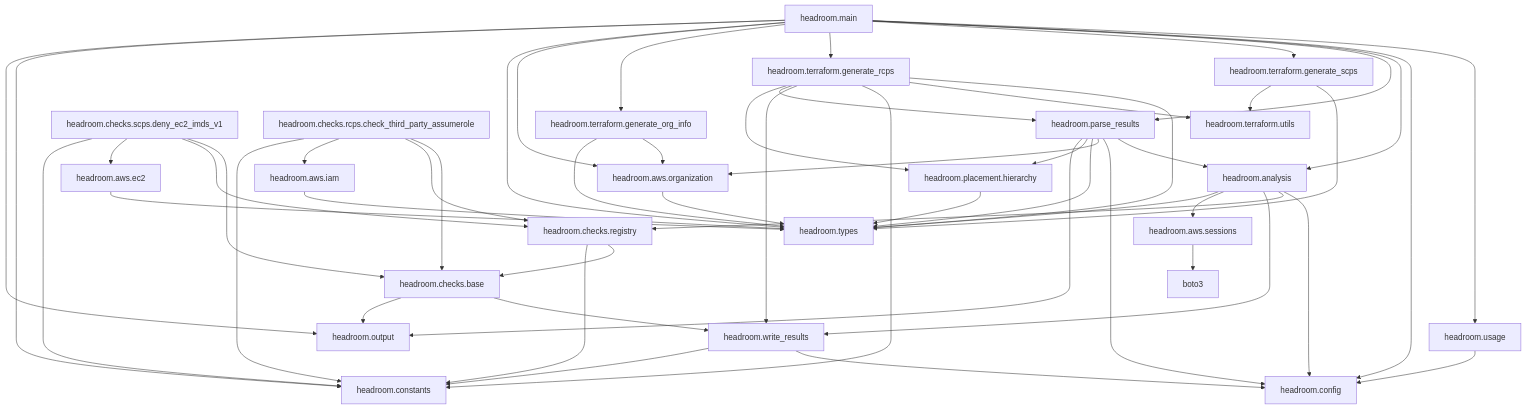
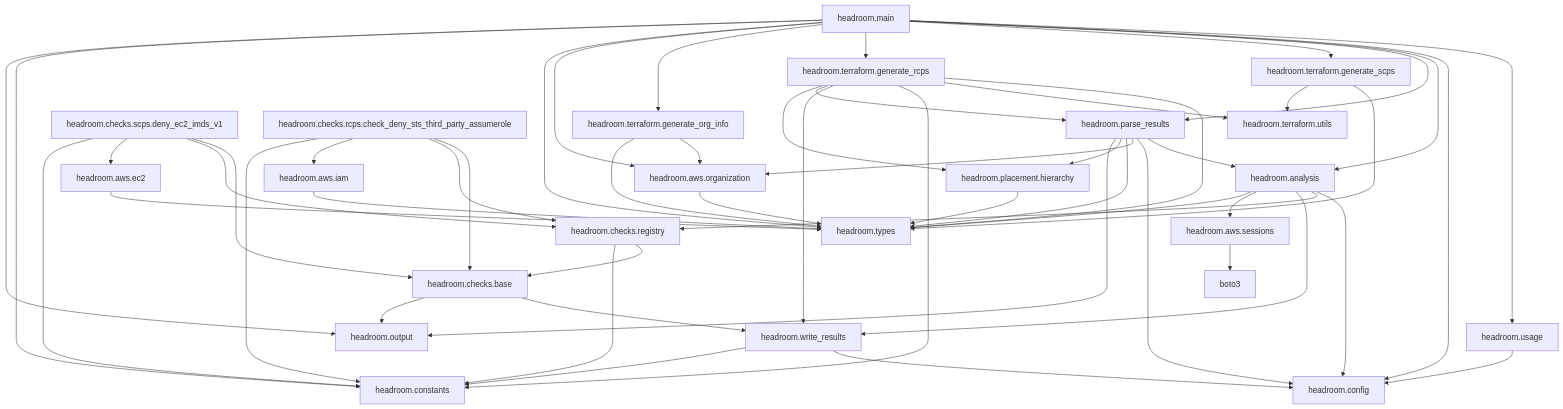
Before and after one commit to discocrayon/Headroom: the diagram in documentation/mermaid_diagrams/module_dependency.md, drawn with Mermaid. The commit also changed 41 other files, not shown here.

First line of the commit message:
Rename checks to follow AWS service naming convention

````diff
--- a/documentation/mermaid_diagrams/module_dependency.md
+++ b/documentation/mermaid_diagrams/module_dependency.md
@@ -3,68 +3,68 @@
 ```mermaid
 graph TD
   headroom.main --> headroom.usage
   headroom.main --> headroom.config
   headroom.main --> headroom.analysis
   headroom.main --> headroom.parse_results
   headroom.main --> headroom.terraform.generate_scps
   headroom.main --> headroom.terraform.generate_rcps
   headroom.main --> headroom.terraform.generate_org_info
   headroom.main --> headroom.aws.organization
   headroom.main --> headroom.types
   headroom.main --> headroom.constants
   headroom.main --> headroom.output
 
   headroom.analysis --> headroom.config
   headroom.analysis --> headroom.checks.registry
   headroom.analysis --> headroom.write_results
   headroom.analysis --> headroom.aws.sessions
   headroom.analysis --> headroom.types
 
   headroom.checks.registry --> headroom.checks.base
   headroom.checks.registry --> headroom.constants
 
   headroom.checks.base --> headroom.write_results
   headroom.checks.base --> headroom.output
 
   headroom.checks.scps.deny_ec2_imds_v1 --> headroom.checks.base
   headroom.checks.scps.deny_ec2_imds_v1 --> headroom.checks.registry
   headroom.checks.scps.deny_ec2_imds_v1 --> headroom.aws.ec2
   headroom.checks.scps.deny_ec2_imds_v1 --> headroom.constants
 
-  headroom.checks.rcps.check_third_party_assumerole --> headroom.checks.base
-  headroom.checks.rcps.check_third_party_assumerole --> headroom.checks.registry
-  headroom.checks.rcps.check_third_party_assumerole --> headroom.aws.iam
-  headroom.checks.rcps.check_third_party_assumerole --> headroom.constants
+  headroom.checks.rcps.check_deny_sts_third_party_assumerole --> headroom.checks.base
+  headroom.checks.rcps.check_deny_sts_third_party_assumerole --> headroom.checks.registry
+  headroom.checks.rcps.check_deny_sts_third_party_assumerole --> headroom.aws.iam
+  headroom.checks.rcps.check_deny_sts_third_party_assumerole --> headroom.constants
 
   headroom.parse_results --> headroom.analysis
   headroom.parse_results --> headroom.config
   headroom.parse_results --> headroom.aws.organization
   headroom.parse_results --> headroom.types
   headroom.parse_results --> headroom.placement.hierarchy
   headroom.parse_results --> headroom.output
 
   headroom.placement.hierarchy --> headroom.types
 
   headroom.terraform.generate_scps --> headroom.types
   headroom.terraform.generate_scps --> headroom.terraform.utils
 
   headroom.terraform.generate_rcps --> headroom.types
   headroom.terraform.generate_rcps --> headroom.terraform.utils
   headroom.terraform.generate_rcps --> headroom.constants
   headroom.terraform.generate_rcps --> headroom.write_results
   headroom.terraform.generate_rcps --> headroom.parse_results
   headroom.terraform.generate_rcps --> headroom.placement.hierarchy
 
   headroom.terraform.generate_org_info --> headroom.aws.organization
   headroom.terraform.generate_org_info --> headroom.types
 
   headroom.aws.organization --> headroom.types
   headroom.aws.ec2 --> headroom.types
   headroom.aws.iam --> headroom.types
   headroom.aws.sessions --> boto3
 
   headroom.usage --> headroom.config
 
   headroom.write_results --> headroom.config
   headroom.write_results --> headroom.constants
 ```
````
